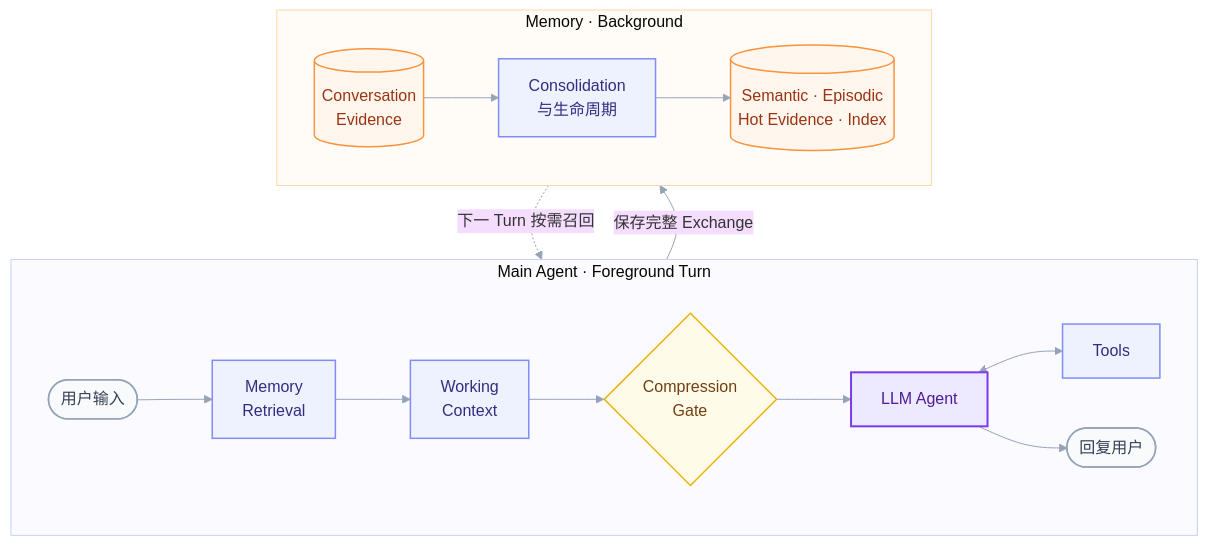
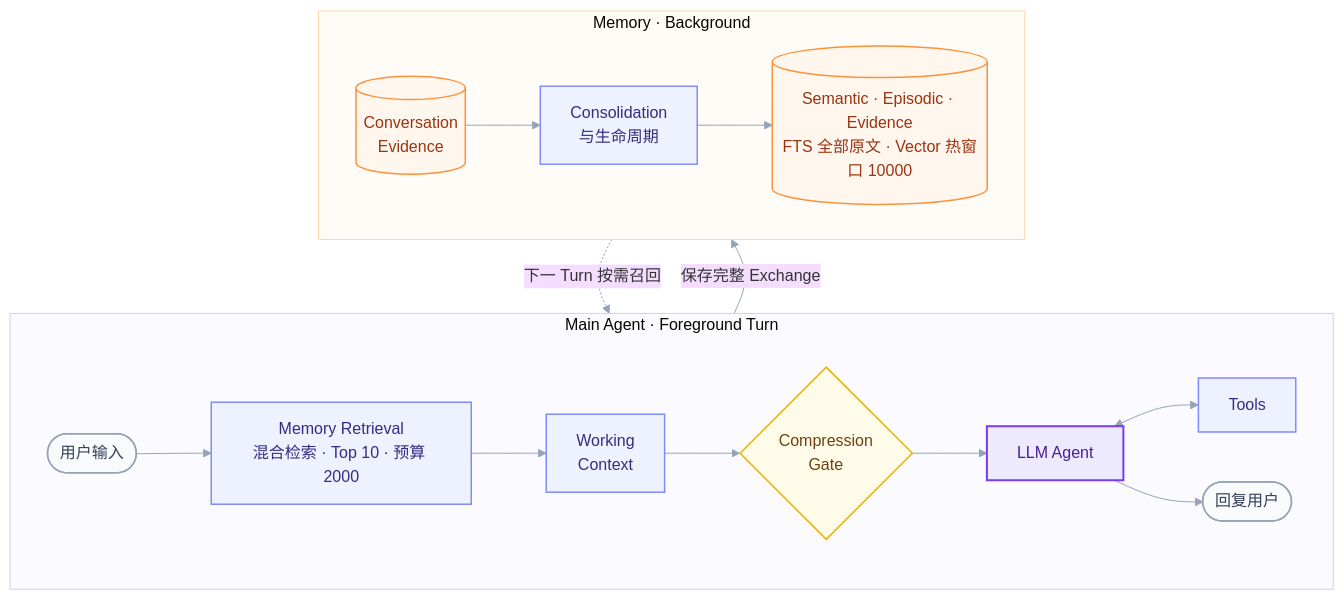
One commit to zzjzzjzzj423/gugugaga-Agent changed the second of 5 diagrams in README.md. Above: the diagram before and after it, drawn with Mermaid. The commit also changed other lines of this file and 9 other files, not shown here.

````diff
--- a/README.md
+++ b/README.md
@@ -70,39 +70,39 @@
 ```mermaid
 %%{init: {"theme":"base","themeVariables":{"fontFamily":"Inter, Segoe UI, Microsoft YaHei","lineColor":"#94A3B8","clusterBkg":"#F8FAFC","clusterBorder":"#E2E8F0"}}}%%
 flowchart TB
     subgraph TURN["Main Agent · Foreground Turn"]
         direction LR
-        I(["用户输入"]) --> R["Memory<br/>Retrieval"]
+        I(["用户输入"]) --> R["Memory Retrieval<br/>混合检索 · Top 10 · 预算 2000"]
         R --> C["Working<br/>Context"]
         C --> G{"Compression<br/>Gate"}
         G --> A["LLM Agent"]
         A <--> T["Tools"]
         A --> O(["回复用户"])
     end
 
     subgraph MEMORY["Memory · Background"]
         direction LR
         E[("Conversation<br/>Evidence")]
         MC["Consolidation<br/>与生命周期"]
-        LM[("Semantic · Episodic<br/>Hot Evidence · Index")]
+        LM[("Semantic · Episodic · Evidence<br/>FTS 全部原文 · Vector 热窗口 10000")]
         E --> MC --> LM
     end
 
     O -->|"保存完整 Exchange"| E
     LM -.->|"下一 Turn 按需召回"| R
 
     classDef input fill:#F8FAFC,stroke:#94A3B8,color:#334155,stroke-width:1.5px;
     classDef process fill:#EEF2FF,stroke:#818CF8,color:#312E81,stroke-width:1.5px;
     classDef agent fill:#EDE9FE,stroke:#7C3AED,color:#4C1D95,stroke-width:2px;
     classDef memory fill:#FFF7ED,stroke:#FB923C,color:#9A3412,stroke-width:1.5px;
     classDef gate fill:#FEFCE8,stroke:#EAB308,color:#713F12,stroke-width:1.5px;
 
     class I,O input;
     class R,C,T,MC process;
     class A agent;
     class G gate;
     class E,LM memory;
 
     style TURN fill:#FAFAFF,stroke:#C7D2FE,stroke-width:1px
     style MEMORY fill:#FFFCF7,stroke:#FED7AA,stroke-width:1px
 ```
````
